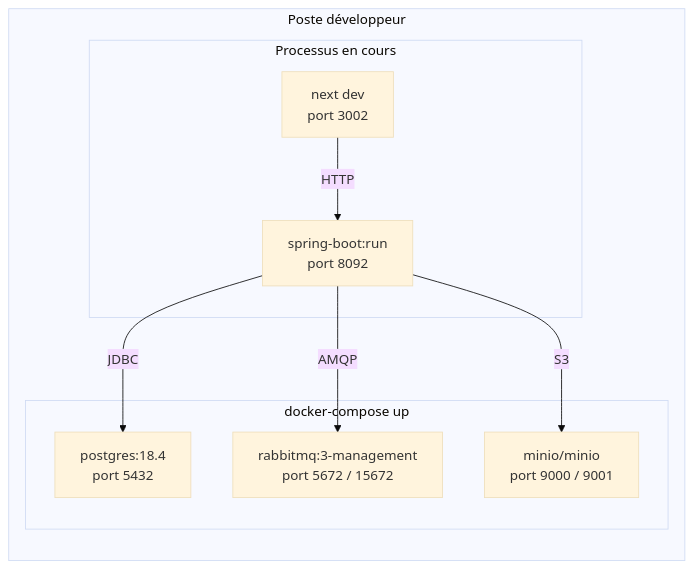
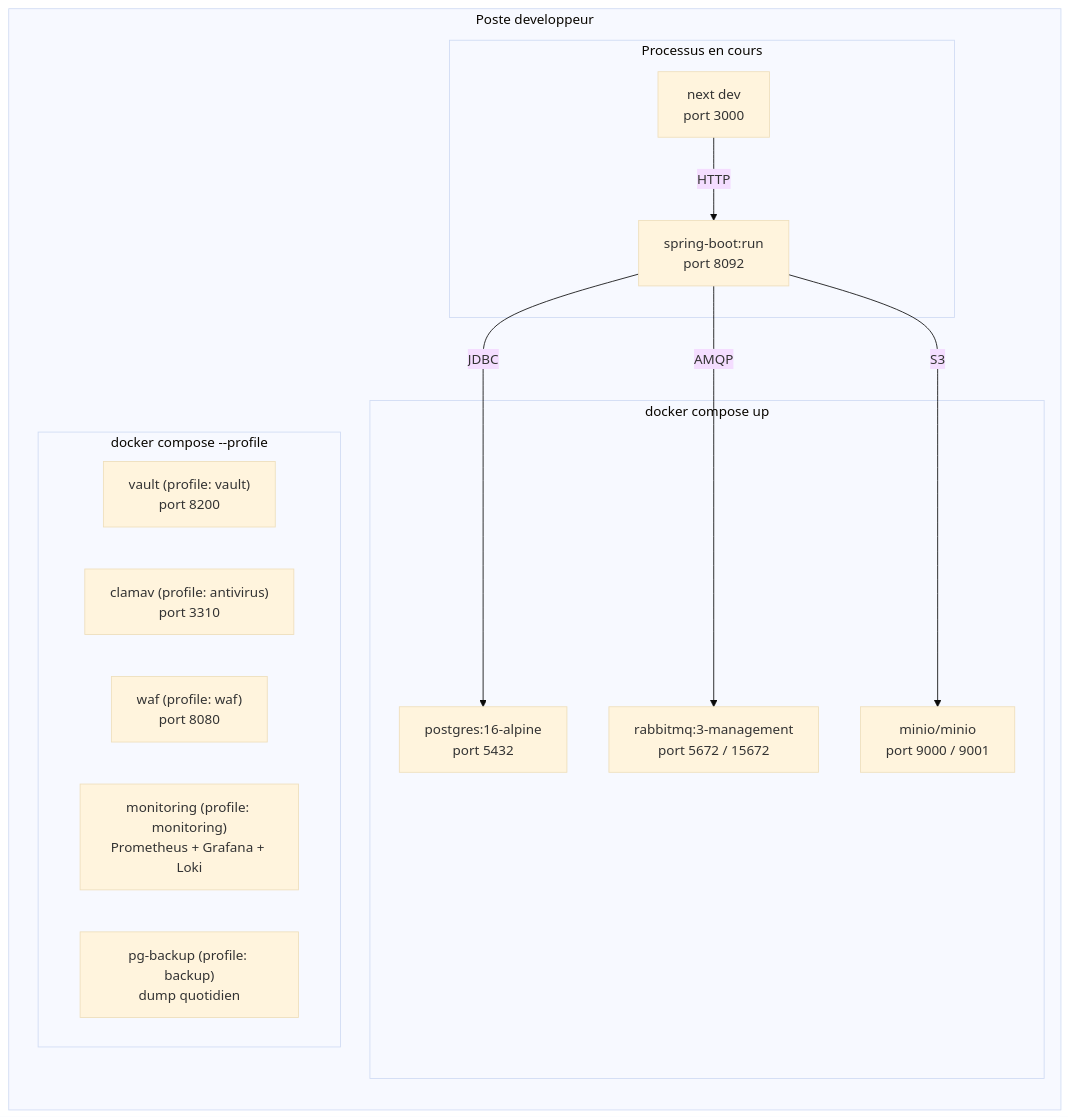
The third of 4 diagrams in uml/diagramme-deploiement.md (alpha65-web/-Moov-africa), drawn with Mermaid (base theme) before and after one commit. The commit also changed other lines of this file and 4 other files, not shown here.

First line of the commit message:
docs(uml): update 5 UML diagrams to reflect security audit controls

````diff
--- a/uml/diagramme-deploiement.md
+++ b/uml/diagramme-deploiement.md
@@ -65,19 +136,26 @@
 ```mermaid
 graph LR
-    subgraph dev["Poste développeur"]
+    subgraph dev["Poste developpeur"]
         subgraph running["Processus en cours"]
             SB["spring-boot:run<br/>port 8092"]
-            NX["next dev<br/>port 3002"]
+            NX["next dev<br/>port 3000"]
         end
-        subgraph containers["docker-compose up"]
-            PG_C["postgres:18.4<br/>port 5432"]
+        subgraph containers["docker compose up"]
+            PG_C["postgres:16-alpine<br/>port 5432"]
             RMQ_C["rabbitmq:3-management<br/>port 5672 / 15672"]
             MIN_C["minio/minio<br/>port 9000 / 9001"]
+        end
+        subgraph optional["docker compose --profile"]
+            VAULT_C["vault (profile: vault)<br/>port 8200"]
+            CLAM_C["clamav (profile: antivirus)<br/>port 3310"]
+            WAF_C["waf (profile: waf)<br/>port 8080"]
+            MON_C["monitoring (profile: monitoring)<br/>Prometheus + Grafana + Loki"]
+            BAK_C["pg-backup (profile: backup)<br/>dump quotidien"]
         end
     end
 
     SB -->|JDBC| PG_C
     SB -->|AMQP| RMQ_C
     SB -->|S3| MIN_C
     NX -->|HTTP| SB
 ```
````
